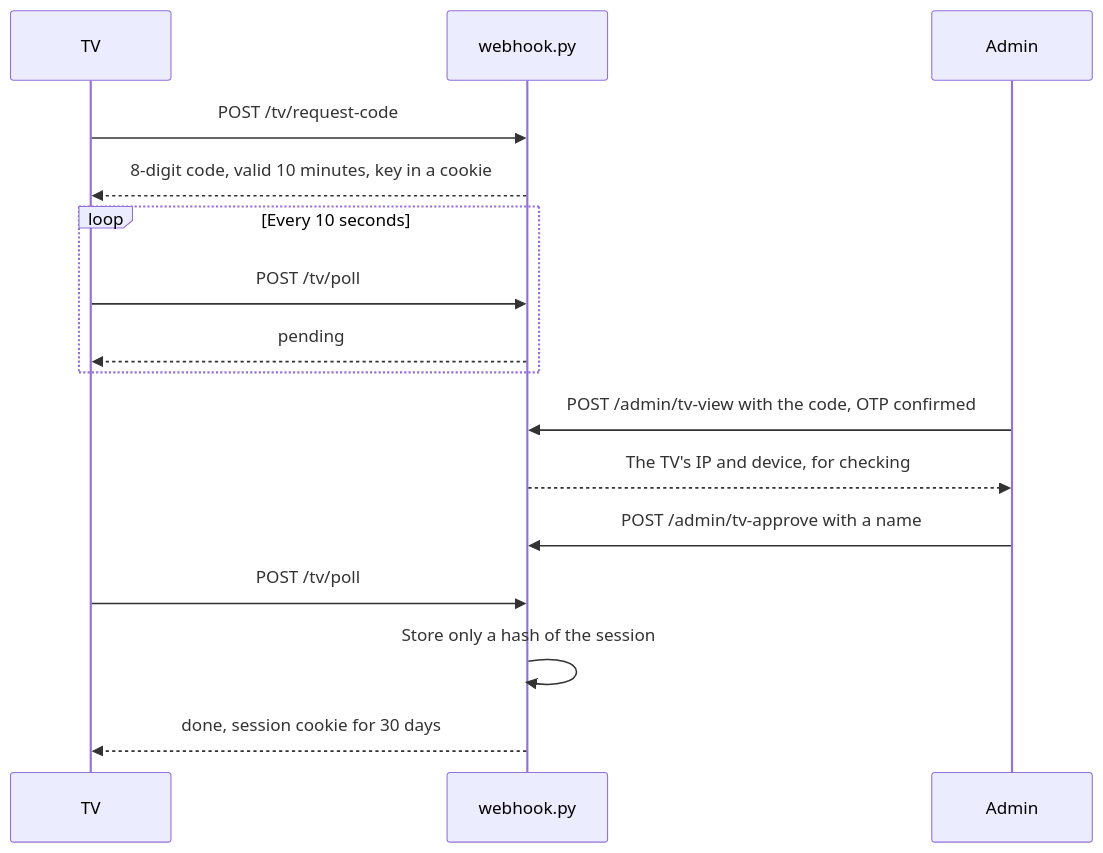
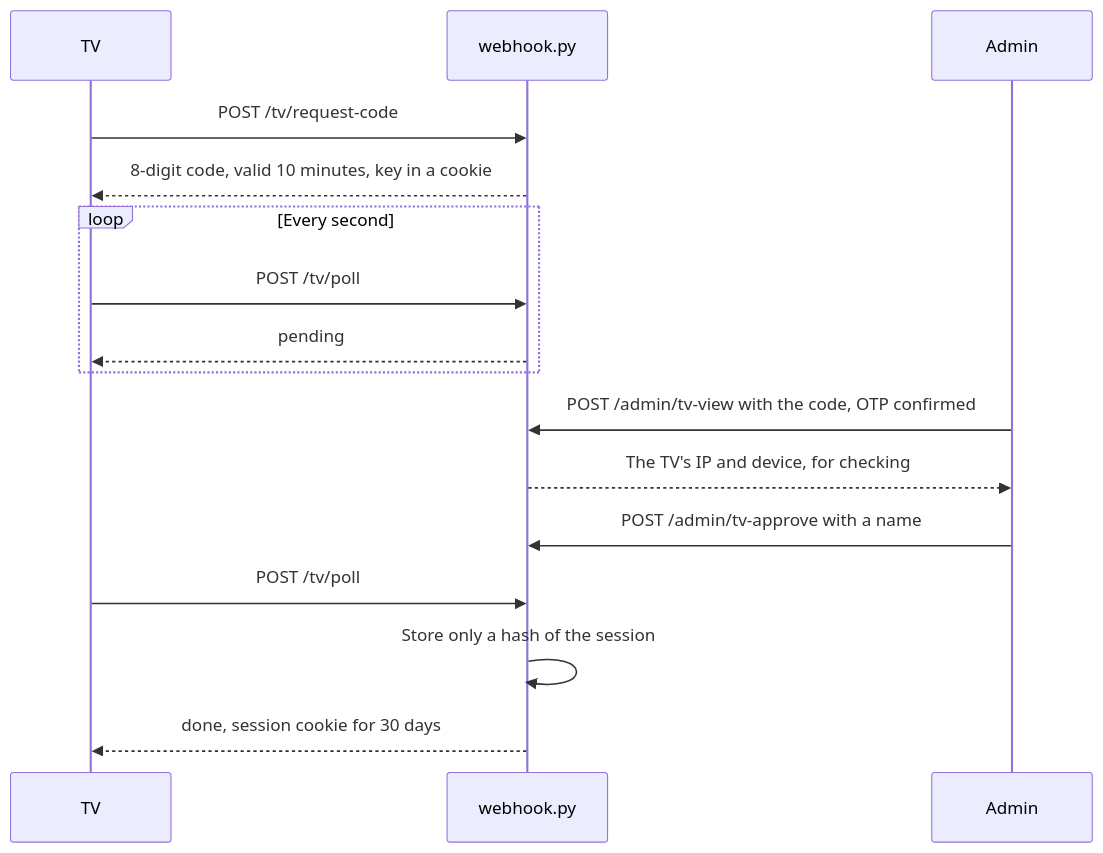
The sixth of 13 diagrams in docs/ARCHITECTURE.md (anhle9x/ai-worker), drawn with Mermaid before and after one commit. The commit also changed other lines of this file and 115 other files, not shown here.

````diff
--- a/docs/ARCHITECTURE.md
+++ b/docs/ARCHITECTURE.md
@@ -268,18 +271,18 @@
 ```mermaid
 sequenceDiagram
   participant T as TV
   participant W as webhook.py
   participant A as Admin
   T->>W: POST /tv/request-code
   W-->>T: 8-digit code, valid 10 minutes, key in a cookie
-  loop Every 10 seconds
+  loop Every second
     T->>W: POST /tv/poll
     W-->>T: pending
   end
   A->>W: POST /admin/tv-view with the code, OTP confirmed
   W-->>A: The TV's IP and device, for checking
   A->>W: POST /admin/tv-approve with a name
   T->>W: POST /tv/poll
   W->>W: Store only a hash of the session
   W-->>T: done, session cookie for 30 days
 ```
````
